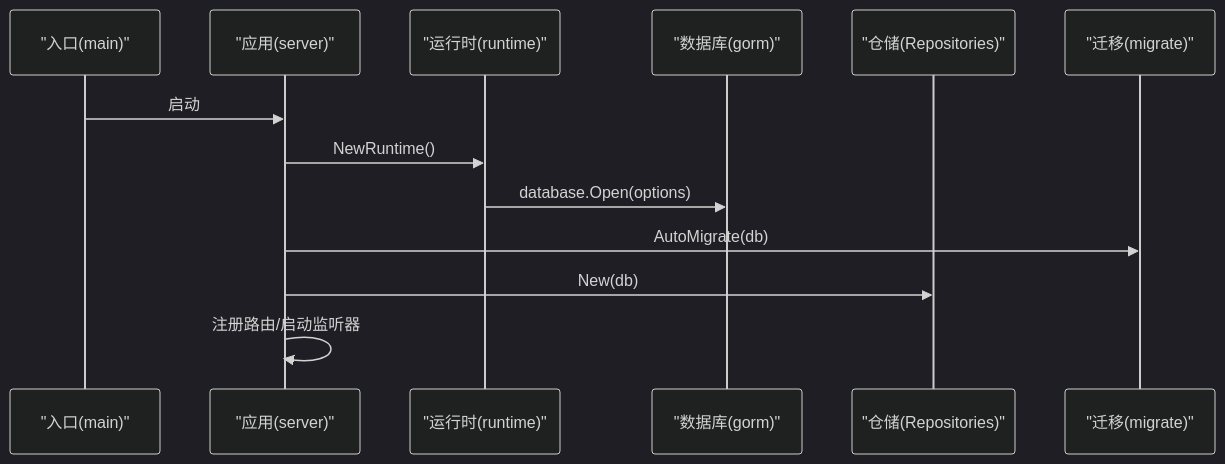
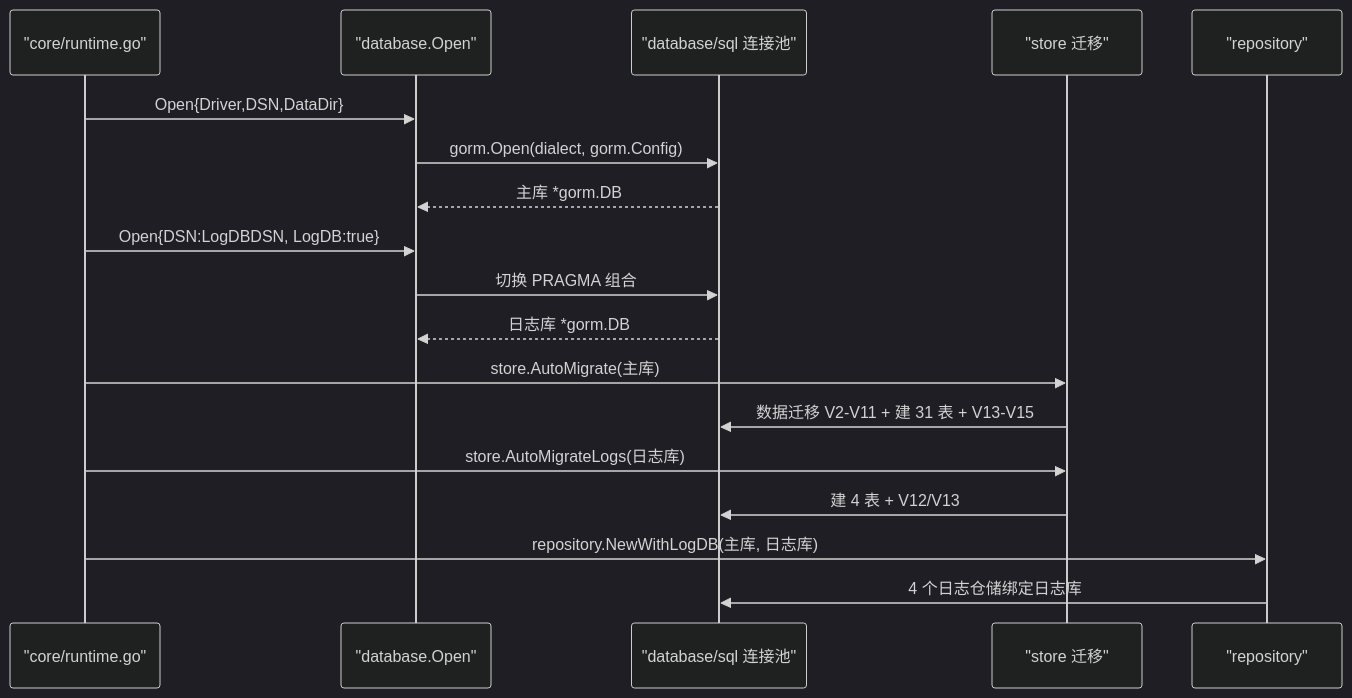
Before and after one commit to x01n/My-OpenWaf: the second of 4 diagrams in docs/数据存储层/GORM 配置与使用.md, drawn with Mermaid (dark theme). The commit also changed other lines of this file and 622 other files, not shown here.

````diff
--- a/docs/数据存储层/GORM 配置与使用.md
+++ b/docs/数据存储层/GORM 配置与使用.md
@@ -88,15 +170,20 @@
 ```mermaid
 sequenceDiagram
-participant Entrypoint as "入口(main)"
-participant App as "应用(server)"
-participant RT as "运行时(runtime)"
-participant DB as "数据库(gorm)"
-participant Repo as "仓储(Repositories)"
-participant Mig as "迁移(migrate)"
-Entrypoint->>App : 启动
-App->>RT : NewRuntime()
-RT->>DB : database.Open(options)
-App->>Mig : AutoMigrate(db)
-App->>Repo : New(db)
-App->>App : 注册路由/启动监听器
+participant RT as "core/runtime.go"
+participant DBF as "database.Open"
+participant SQL as "database/sql 连接池"
+participant ST as "store 迁移"
+participant RP as "repository"
+RT->>DBF : Open{Driver,DSN,DataDir}
+DBF->>SQL : gorm.Open(dialect, gorm.Config)
+SQL-->>DBF : 主库 *gorm.DB
+RT->>DBF : Open{DSN:LogDBDSN, LogDB:true}
+DBF->>SQL : 切换 PRAGMA 组合
+SQL-->>DBF : 日志库 *gorm.DB
+RT->>ST : store.AutoMigrate(主库)
+ST->>SQL : 数据迁移 V2-V11 + 建 31 表 + V13-V15
+RT->>ST : store.AutoMigrateLogs(日志库)
+ST->>SQL : 建 4 表 + V12/V13
+RT->>RP : repository.NewWithLogDB(主库, 日志库)
+RP->>SQL : 4 个日志仓储绑定日志库
 ```
````
